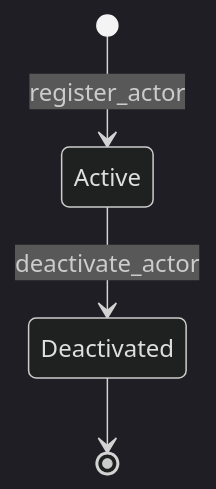
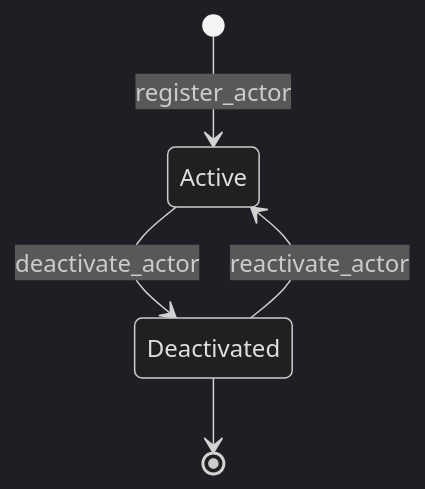
One commit to xmap/cora changed the diagram in docs/architecture/modules/access/index.md. Above: the diagram before and after it, drawn with Mermaid (dark theme). The commit also changed other lines of this file and 18 other files, not shown here.

````diff
--- a/docs/architecture/modules/access/index.md
+++ b/docs/architecture/modules/access/index.md
@@ -38,6 +38,7 @@
 ```mermaid
 stateDiagram-v2
     [*] --> Active: register_actor
     Active --> Deactivated: deactivate_actor
+    Deactivated --> Active: reactivate_actor
     Deactivated --> [*]
 ```
````
